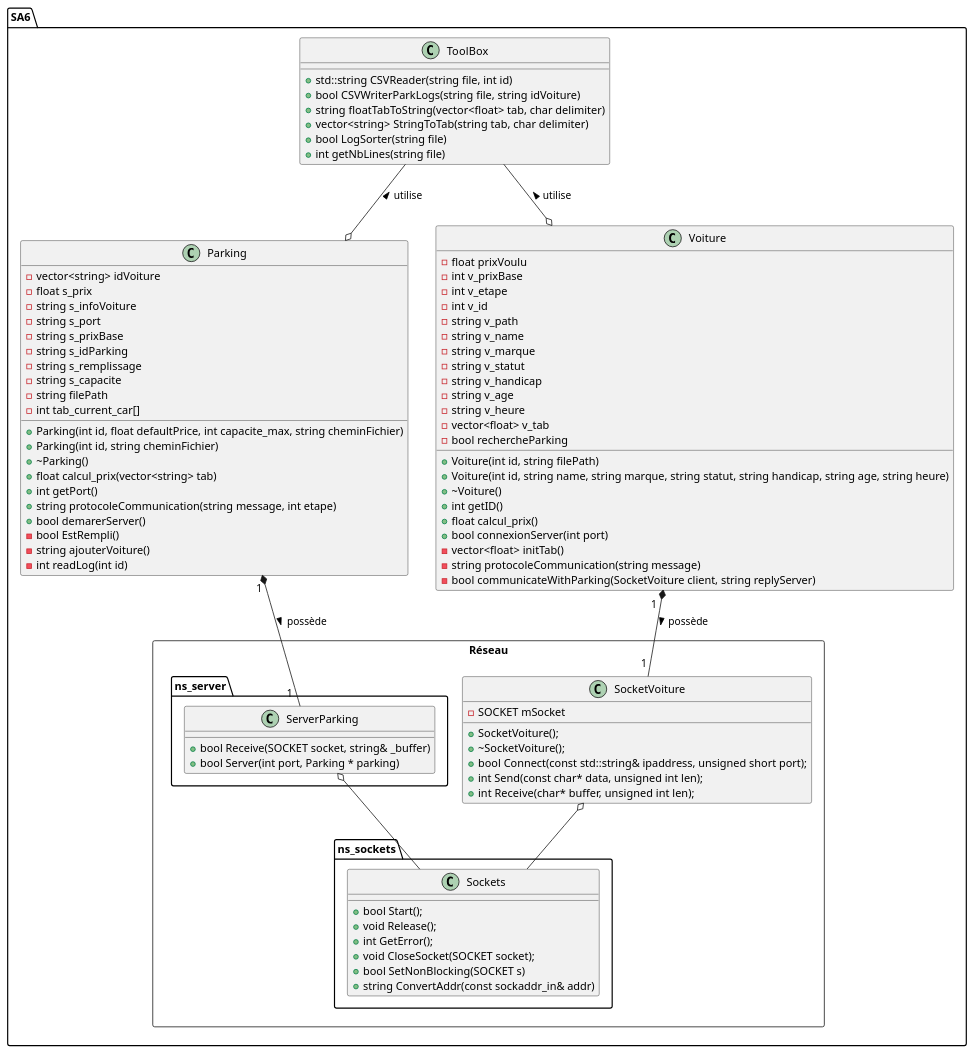
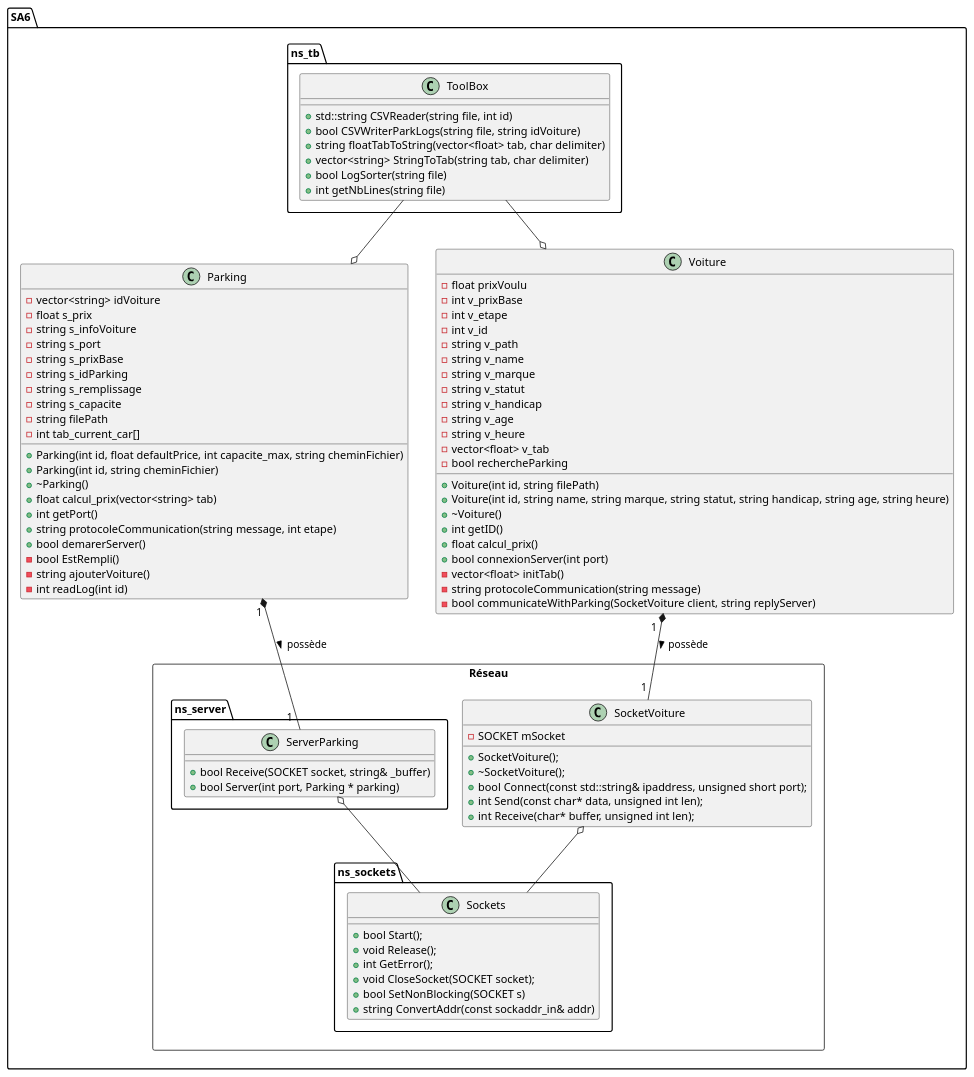
Before and after one commit to KevinFroissart/SA6_CarPark_AI: the diagram in SA6/doc/uml.plantuml, drawn with PlantUML. The commit also changed 8 other files, not shown here.

```diff
--- a/SA6/doc/uml.plantuml
+++ b/SA6/doc/uml.plantuml
@@ -1,110 +1,112 @@
 @startuml SA6_uml
 
 package SA6 {
 
-    class ToolBox {
+    package ns_tb {
+        class ToolBox {
 
-        + std::string CSVReader(string file, int id)
-        + bool CSVWriterParkLogs(string file, string idVoiture)
-        + string floatTabToString(vector<float> tab, char delimiter)
-        + vector<string> StringToTab(string tab, char delimiter)
-        + bool LogSorter(string file)
-        + int getNbLines(string file)
+            + std::string CSVReader(string file, int id)
+            + bool CSVWriterParkLogs(string file, string idVoiture)
+            + string floatTabToString(vector<float> tab, char delimiter)
+            + vector<string> StringToTab(string tab, char delimiter)
+            + bool LogSorter(string file)
+            + int getNbLines(string file)
+        }
     }
-
+    
     class Parking {
         - vector<string> idVoiture
         - float s_prix
         - string s_infoVoiture
         - string s_port
         - string s_prixBase
         - string s_idParking
         - string s_remplissage
         - string s_capacite
         - string filePath
         - int tab_current_car[]
 
         + Parking(int id, float defaultPrice, int capacite_max, string cheminFichier)
         + Parking(int id, string cheminFichier)
         + ~Parking()
         + float calcul_prix(vector<string> tab)
         + int getPort()
         + string protocoleCommunication(string message, int etape)
         + bool demarerServer()
         - bool EstRempli()
         - string ajouterVoiture()
         - int readLog(int id)
     }
 
     Class Voiture {
         - float prixVoulu
         - int v_prixBase
         - int v_etape
         - int v_id
         - string v_path
         - string v_name
         - string v_marque
         - string v_statut
         - string v_handicap
         - string v_age
         - string v_heure
         - vector<float> v_tab
         - bool rechercheParking
 
         + Voiture(int id, string filePath)
         + Voiture(int id, string name, string marque, string statut, string handicap, string age, string heure)
         + ~Voiture()
         + int getID()
         + float calcul_prix()
         + bool connexionServer(int port)
         - vector<float> initTab()
         - string protocoleCommunication(string message)
         - bool communicateWithParking(SocketVoiture client, string replyServer)
     }
 
     package Réseau <<Rectangle>> {
 
         package ns_server {
             Class ServerParking {
 
                 + bool Receive(SOCKET socket, string& _buffer)
                 + bool Server(int port, Parking * parking)
             }
         }
 
         Class SocketVoiture {
             - SOCKET mSocket
 
             + SocketVoiture();
             + ~SocketVoiture();
             + bool Connect(const std::string& ipaddress, unsigned short port);
             + int Send(const char* data, unsigned int len);
             + int Receive(char* buffer, unsigned int len);		
         }
 
         package ns_sockets{
 
             Class Sockets {
 
                 + bool Start();
                 + void Release();
                 + int GetError();
                 + void CloseSocket(SOCKET socket);
                 + bool SetNonBlocking(SOCKET s)
                 + string ConvertAddr(const sockaddr_in& addr)    
             }
         }
     }
 }
 
-ToolBox --o Voiture : utilise <
-ToolBox --o Parking : utilise <
+ToolBox --o Voiture
+ToolBox --o Parking
 
 Parking "1 " *-- "1  " ServerParking : > possède
 Voiture "1  " *-- "1 " SocketVoiture : possède >
 
 SocketVoiture o-- Sockets
 ServerParking o-- Sockets
 
 
 @enduml
```
